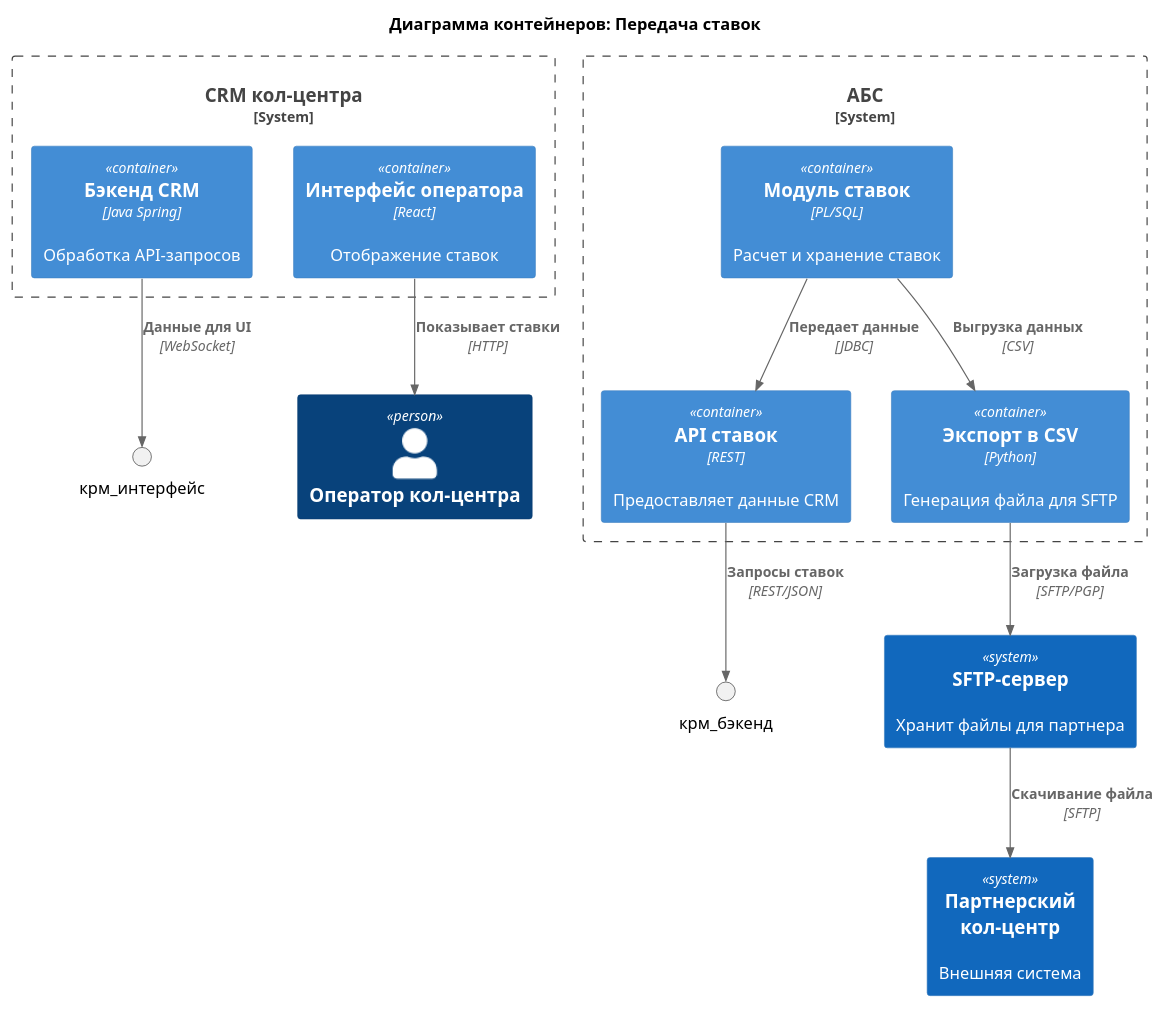
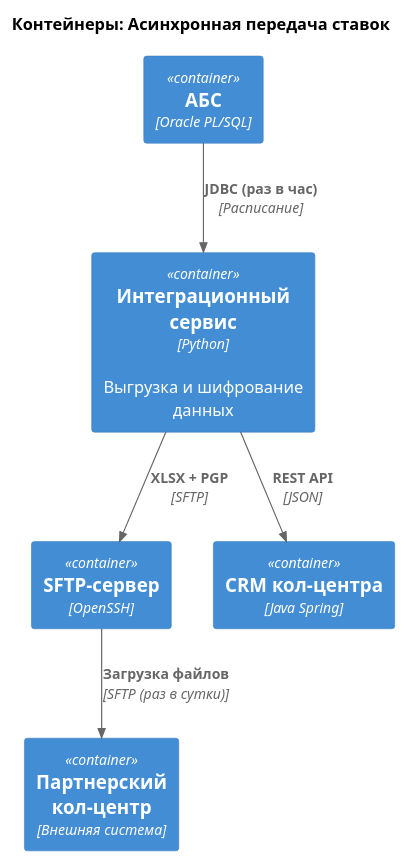
One commit to fireflysmk/architecture-sprint-9 changed the diagram in Task4/Container_Diagram.puml. Above: the diagram before and after it, drawn with PlantUML. The commit also changed 7 other files, not shown here.

```diff
--- a/Task4/Container_Diagram.puml
+++ b/Task4/Container_Diagram.puml
@@ -1,30 +1,17 @@
-@startuml Container_Diagram_Stavki
+@startuml Container_Diagram_v3
 !include https://raw.githubusercontent.com/plantuml-stdlib/C4-PlantUML/master/C4_Container.puml
 
-title Диаграмма контейнеров: Передача ставок
+title Контейнеры: Асинхронная передача ставок
 
-Person(оператор, "Оператор кол-центра")
+Container(абс, "АБС", "Oracle PL/SQL")
+Container(интегратор, "Интеграционный сервис", "Python", "Выгрузка и шифрование данных")
+Container(sftp, "SFTP-сервер", "OpenSSH")
+Container(crm, "CRM кол-центра", "Java Spring")
+Container(партнер, "Партнерский кол-центр", "Внешняя система")
 
-System_Boundary(абс_boundary, "АБС") {
-    Container(модуль_ставок, "Модуль ставок", "PL/SQL", "Расчет и хранение ставок")
-    Container(api_абс, "API ставок", "REST", "Предоставляет данные CRM")
-    Container(экспорт_файлов, "Экспорт в CSV", "Python", "Генерация файла для SFTP")
-}
-
-System_Boundary(crm_boundary, "CRM кол-центра") {
-    Container(crm_бэкенд, "Бэкенд CRM", "Java Spring", "Обработка API-запросов")
-    Container(crm_интерфейс, "Интерфейс оператора", "React", "Отображение ставок")
-}
-
-System(sftp, "SFTP-сервер", "Хранит файлы для партнера")
-System(партнер, "Партнерский кол-центр", "Внешняя система")
-
-Rel(модуль_ставок, api_абс, "Передает данные", "JDBC")
-Rel(api_абс, крм_бэкенд, "Запросы ставок", "REST/JSON")
-Rel(crm_бэкенд, крм_интерфейс, "Данные для UI", "WebSocket")
-Rel(crm_интерфейс, оператор, "Показывает ставки", "HTTP")
-Rel(модуль_ставок, экспорт_файлов, "Выгрузка данных", "CSV")
-Rel(экспорт_файлов, sftp, "Загрузка файла", "SFTP/PGP")
-Rel(sftp, партнер, "Скачивание файла", "SFTP")
+Rel(абс, интегратор, "JDBC (раз в час)", "Расписание")
+Rel(интегратор, sftp, "XLSX + PGP", "SFTP")
+Rel(интегратор, crm, "REST API", "JSON")
+Rel(sftp, партнер, "Загрузка файлов", "SFTP (раз в сутки)")
 
 @enduml
```
